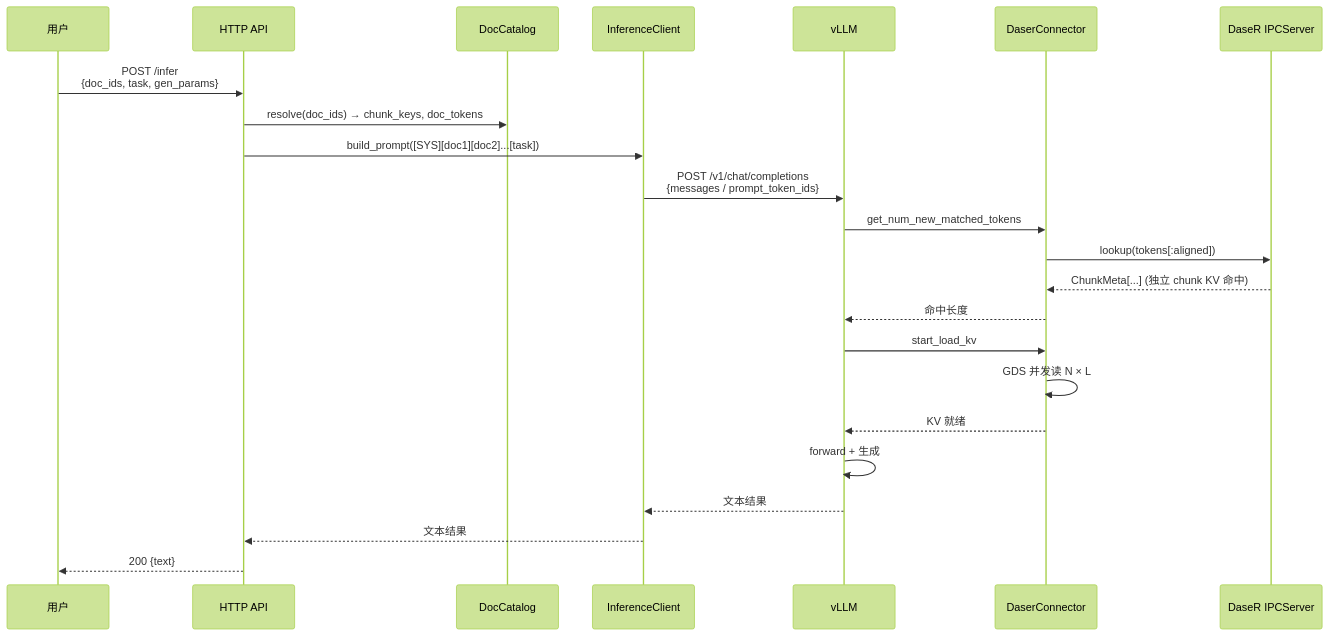
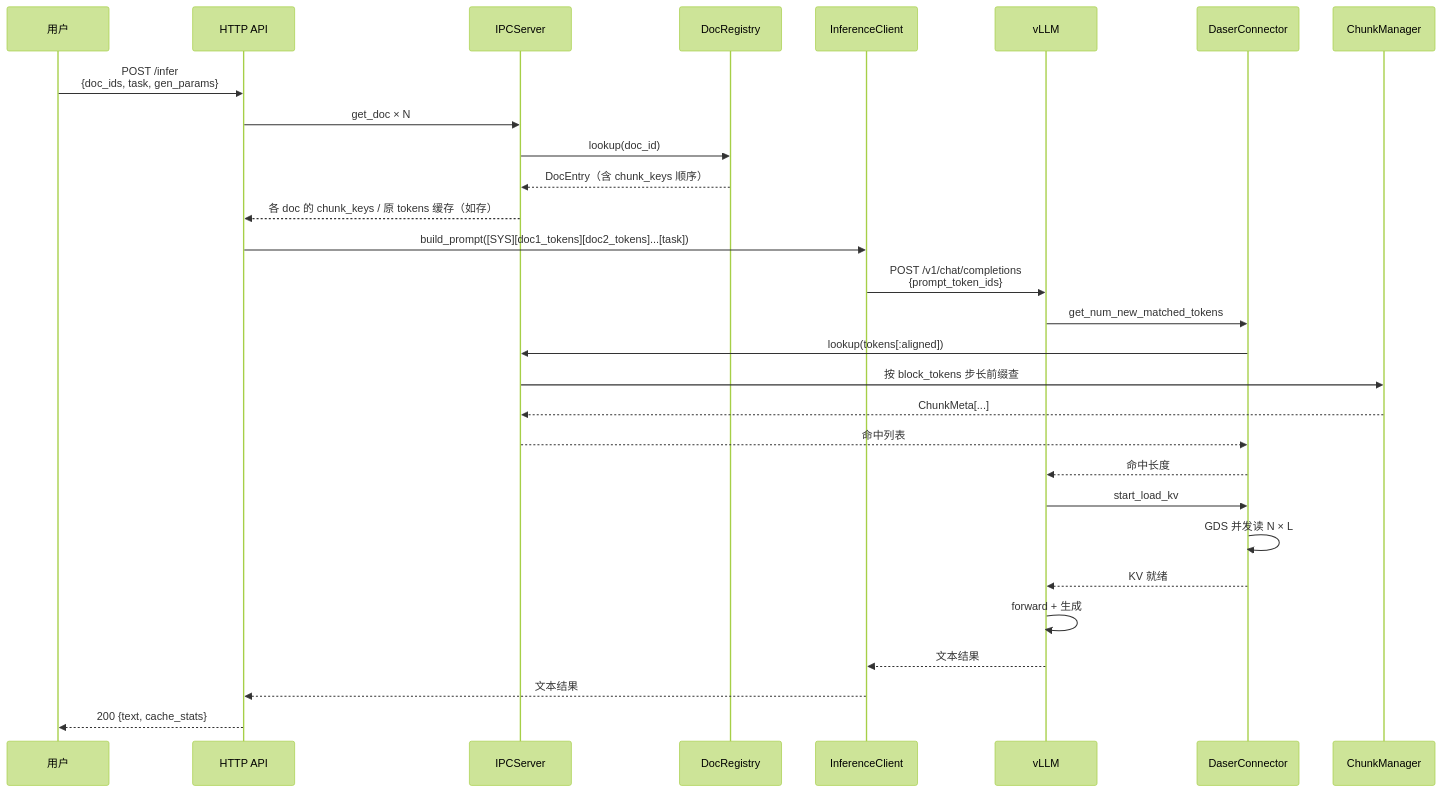
Before and after one commit to GentleCold/DaseR: the fourth of 4 diagrams in docs/design/serve.md, drawn with Mermaid (forest theme). The commit also changed other lines of this file and 2 other files, not shown here.

````diff
--- a/docs/design/serve.md
+++ b/docs/design/serve.md
@@ -199,27 +236,34 @@
 ```mermaid
 sequenceDiagram
     participant U as 用户
     participant H as HTTP API
-    participant C as DocCatalog
+    participant I as IPCServer
+    participant DR as DocRegistry
     participant F as InferenceClient
     participant V as vLLM
     participant D as DaserConnector
-    participant I as DaseR IPCServer
+    participant CM as ChunkManager
 
     U->>H: POST /infer<br/>{doc_ids, task, gen_params}
-    H->>C: resolve(doc_ids) → chunk_keys, doc_tokens
-    H->>F: build_prompt([SYS][doc1][doc2]...[task])
-    F->>V: POST /v1/chat/completions<br/>{messages / prompt_token_ids}
+    H->>I: get_doc × N
+    I->>DR: lookup(doc_id)
+    DR-->>I: DocEntry（含 chunk_keys 顺序）
+    I-->>H: 各 doc 的 chunk_keys / 原 tokens 缓存（如存）
+
+    H->>F: build_prompt([SYS][doc1_tokens][doc2_tokens]...[task])
+    F->>V: POST /v1/chat/completions<br/>{prompt_token_ids}
 
     V->>D: get_num_new_matched_tokens
     D->>I: lookup(tokens[:aligned])
-    I-->>D: ChunkMeta[...] (独立 chunk KV 命中)
+    I->>CM: 按 block_tokens 步长前缀查
+    CM-->>I: ChunkMeta[...]
+    I-->>D: 命中列表
     D-->>V: 命中长度
     V->>D: start_load_kv
     D->>D: GDS 并发读 N × L
     D-->>V: KV 就绪
     V->>V: forward + 生成
     V-->>F: 文本结果
     F-->>H: 文本结果
-    H-->>U: 200 {text}
+    H-->>U: 200 {text, cache_stats}
 ```
````
